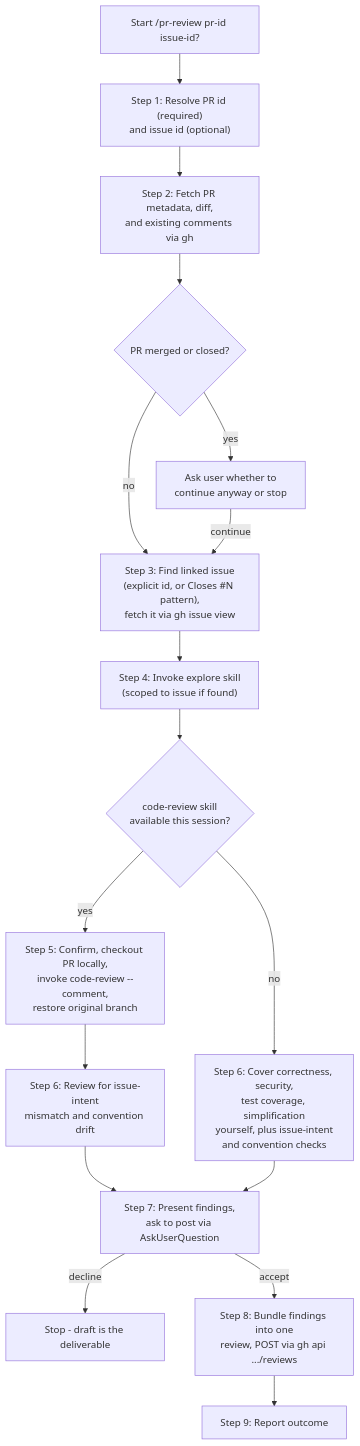
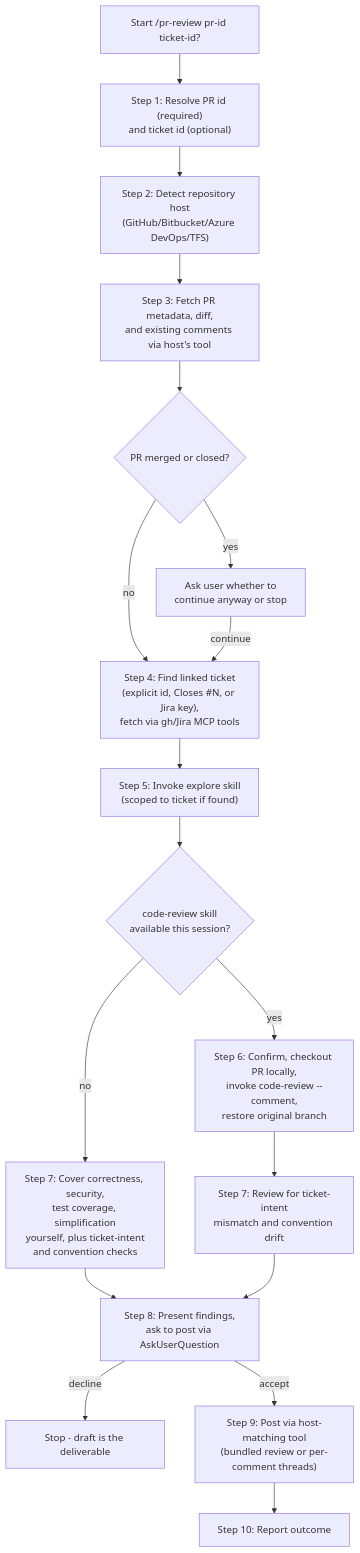
The diagram in docs/modules/ROOT/pages/skills/pr-review.adoc (albertoirurueta/ai-catalog), drawn with Mermaid before and after one commit. The commit also changed other lines of this file and 23 other files, not shown here.

```diff
--- a/docs/modules/ROOT/pages/skills/pr-review.adoc
+++ b/docs/modules/ROOT/pages/skills/pr-review.adoc
@@ -68,20 +72,21 @@
 [mermaid]
 ....
 flowchart TD
-    A[Start /pr-review pr-id issue-id?] --> B["Step 1: Resolve PR id (required)\nand issue id (optional)"]
-    B --> C["Step 2: Fetch PR metadata, diff,\nand existing comments via gh"]
-    C --> D{PR merged or closed?}
-    D -- yes --> E["Ask user whether to\ncontinue anyway or stop"]
-    D -- no --> F["Step 3: Find linked issue\n(explicit id, or Closes #N pattern),\nfetch it via gh issue view"]
-    E -- continue --> F
-    F --> G["Step 4: Invoke explore skill\n(scoped to issue if found)"]
-    G --> H{code-review skill\navailable this session?}
-    H -- yes --> I["Step 5: Confirm, checkout PR locally,\ninvoke code-review --comment,\nrestore original branch"]
-    H -- no --> J["Step 6: Cover correctness, security,\ntest coverage, simplification\nyourself, plus issue-intent\nand convention checks"]
-    I --> K["Step 6: Review for issue-intent\nmismatch and convention drift"]
-    K --> L["Step 7: Present findings,\nask to post via AskUserQuestion"]
-    J --> L
-    L -- decline --> M[Stop - draft is the deliverable]
-    L -- accept --> N["Step 8: Bundle findings into one\nreview, POST via gh api .../reviews"]
-    N --> O["Step 9: Report outcome"]
+    A[Start /pr-review pr-id ticket-id?] --> B["Step 1: Resolve PR id (required)\nand ticket id (optional)"]
+    B --> C["Step 2: Detect repository host\n(GitHub/Bitbucket/Azure DevOps/TFS)"]
+    C --> D["Step 3: Fetch PR metadata, diff,\nand existing comments via host's tool"]
+    D --> E{PR merged or closed?}
+    E -- yes --> F["Ask user whether to\ncontinue anyway or stop"]
+    E -- no --> G["Step 4: Find linked ticket\n(explicit id, Closes #N, or Jira key),\nfetch via gh/Jira MCP tools"]
+    F -- continue --> G
+    G --> H["Step 5: Invoke explore skill\n(scoped to ticket if found)"]
+    H --> I{code-review skill\navailable this session?}
+    I -- yes --> J["Step 6: Confirm, checkout PR locally,\ninvoke code-review --comment,\nrestore original branch"]
+    I -- no --> K["Step 7: Cover correctness, security,\ntest coverage, simplification\nyourself, plus ticket-intent\nand convention checks"]
+    J --> L["Step 7: Review for ticket-intent\nmismatch and convention drift"]
+    K --> M["Step 8: Present findings,\nask to post via AskUserQuestion"]
+    L --> M
+    M -- decline --> N[Stop - draft is the deliverable]
+    M -- accept --> O["Step 9: Post via host-matching tool\n(bundled review or per-comment threads)"]
+    O --> P["Step 10: Report outcome"]
 ....
```
